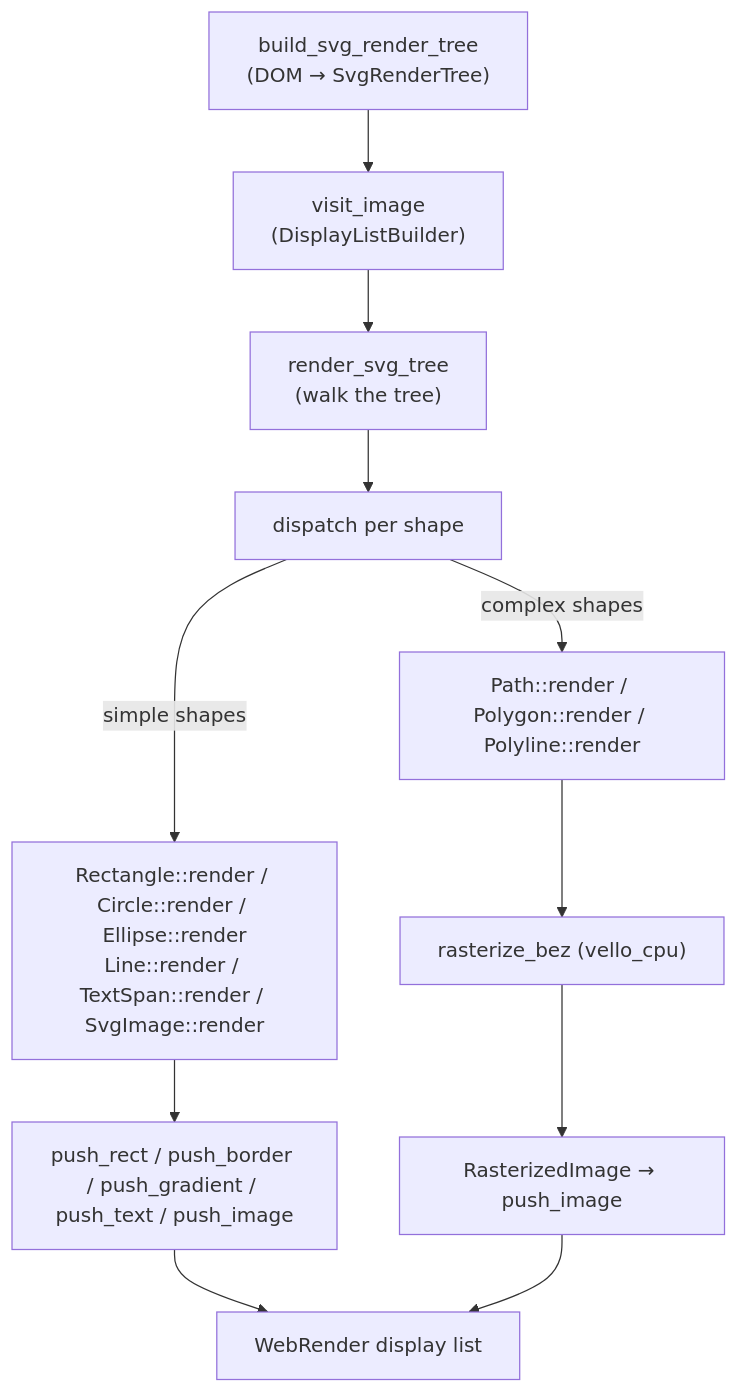
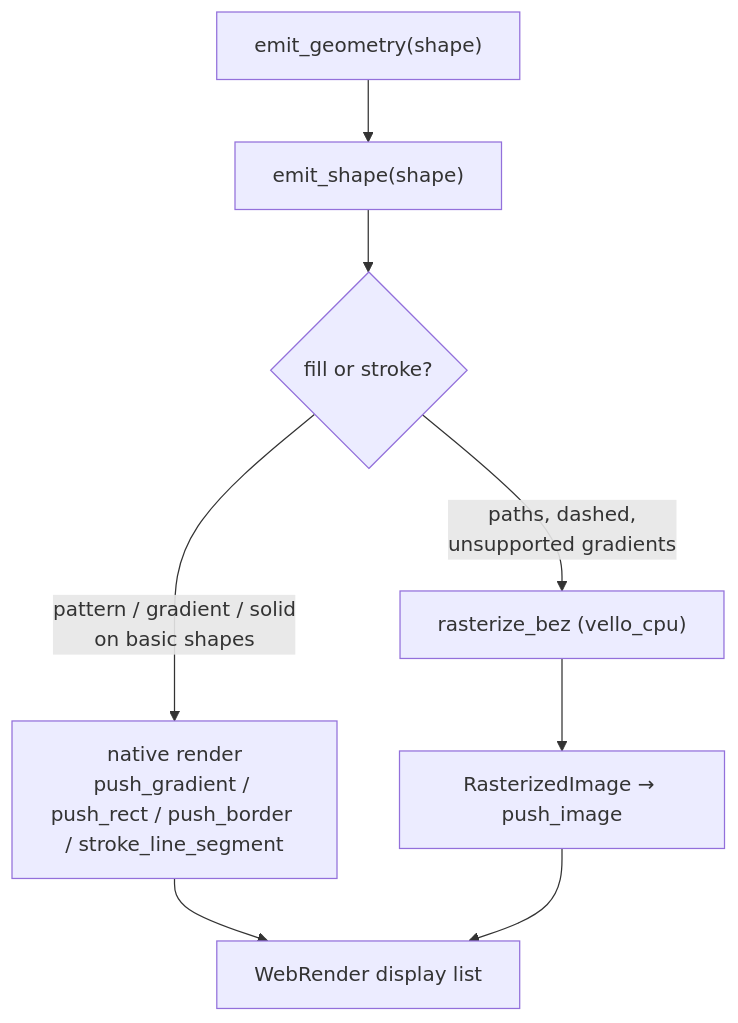
The fifth of 7 diagrams in components/svg_engine/README.md (mu-mostafa98/servo), drawn with Mermaid before and after one commit. The commit also changed other lines of this file, not shown here.

````diff
--- a/components/svg_engine/README.md
+++ b/components/svg_engine/README.md
@@ -225,13 +263,10 @@
 ```mermaid
-flowchart TB
-    A["build_svg_render_tree<br/>(DOM → SvgRenderTree)"] --> B["visit_image<br/>(DisplayListBuilder)"]
-    B --> C["render_svg_tree<br/>(walk the tree)"]
-    C --> D["dispatch per shape"]
-    D -- "simple shapes" --> S["Rectangle::render / Circle::render / Ellipse::render<br/>Line::render / TextSpan::render / SvgImage::render"]
-    D -- "complex shapes" --> CX["Path::render / Polygon::render / Polyline::render"]
-    S --> F["push_rect / push_border / push_gradient / push_text / push_image"]
-    CX --> G["rasterize_bez (vello_cpu)"]
-    G --> H["RasterizedImage → push_image"]
-    F --> I["WebRender display list"]
-    H --> I
+flowchart TD
+    A["emit_geometry(shape)"] --> B["emit_shape(shape)"]
+    B --> C{"fill or stroke?"}
+    C -- "pattern / gradient / solid<br/>on basic shapes" --> D["native render<br/>push_gradient / push_rect / push_border / stroke_line_segment"]
+    C -- "paths, dashed,<br/>unsupported gradients" --> E["rasterize_bez (vello_cpu)"]
+    D --> F["WebRender display list"]
+    E --> G["RasterizedImage → push_image"]
+    G --> F
 ```
````
